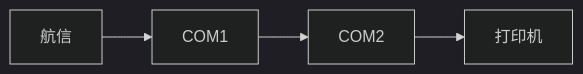
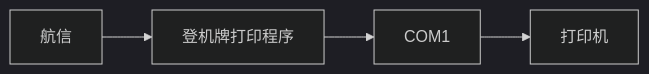
Before and after one commit to changweihua/changweihua.github.io: the first of 5 diagrams in zh-CN/gallery/bpp.md, drawn with Mermaid (dark theme). The commit also changed other lines of this file and 5 other files, not shown here.

````diff
--- a/zh-CN/gallery/bpp.md
+++ b/zh-CN/gallery/bpp.md
@@ -23,6 +23,6 @@
 ```mermaid
 graph LR
-    A[航信] --> B[COM1]
-    B --> C[COM2]
+    A[航信] --> B[登机牌打印程序]
+    B --> C[COM1]
     C --> D[打印机]
 ```
````
